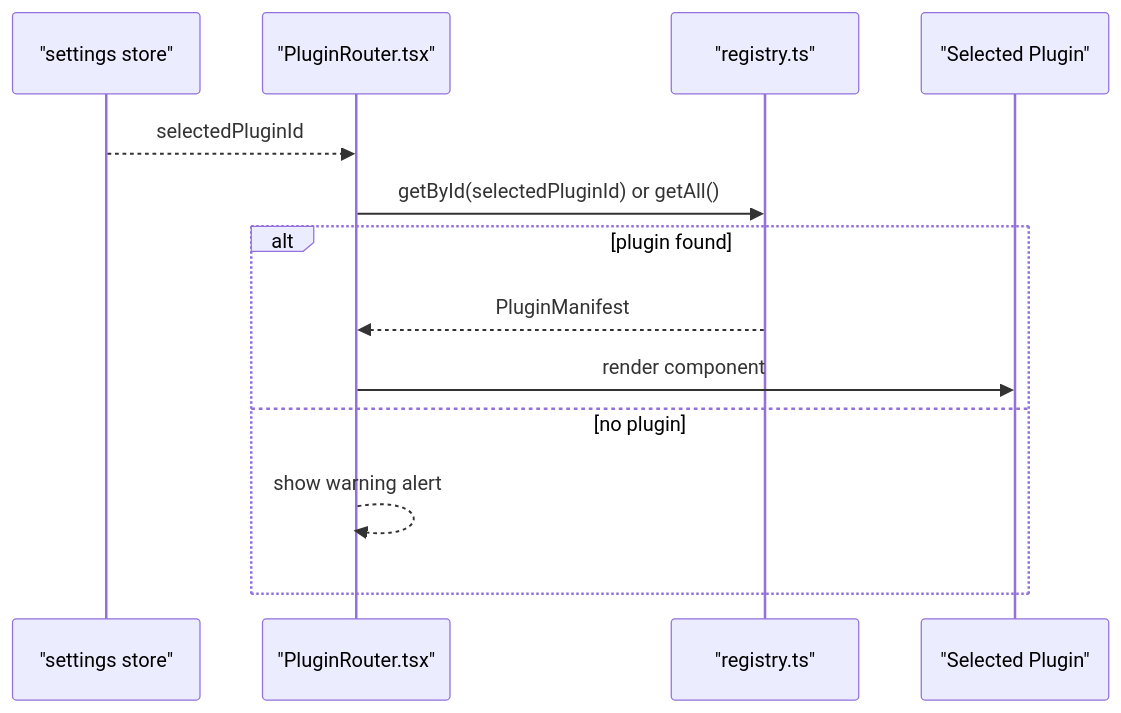
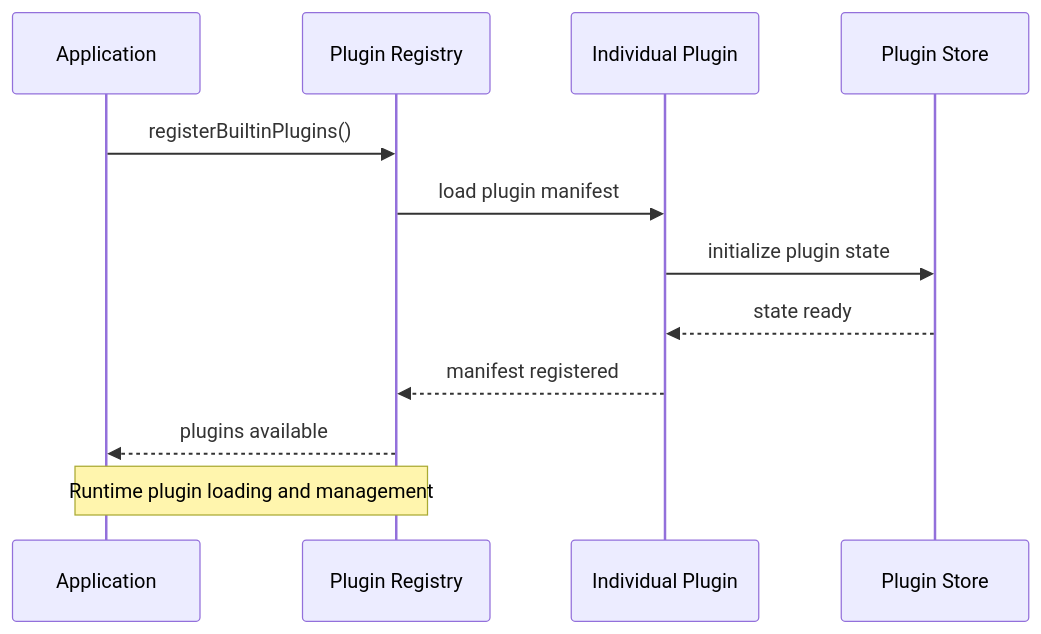
The fourth of 7 diagrams in .qoder/repowiki/en/content/Project Overview.md (DumKing/DevNexus), drawn with Mermaid before and after one commit. The commit also changed other lines of this file and 96 other files, not shown here.

````diff
--- a/.qoder/repowiki/en/content/Project Overview.md
+++ b/.qoder/repowiki/en/content/Project Overview.md
@@ -294,15 +220,14 @@
 ```mermaid
 sequenceDiagram
-participant Settings as "settings store"
-participant Router as "PluginRouter.tsx"
-participant Registry as "registry.ts"
-participant Plugin as "Selected Plugin"
-Settings-->>Router : selectedPluginId
-Router->>Registry : getById(selectedPluginId) or getAll()
-alt plugin found
-Registry-->>Router : PluginManifest
-Router->>Plugin : render component
-else no plugin
-Router-->>Router : show warning alert
-end
+participant App as Application
+participant Registry as Plugin Registry
+participant Plugin as Individual Plugin
+participant Store as Plugin Store
+App->>Registry : registerBuiltinPlugins()
+Registry->>Plugin : load plugin manifest
+Plugin->>Store : initialize plugin state
+Store-->>Plugin : state ready
+Plugin-->>Registry : manifest registered
+Registry-->>App : plugins available
+Note over App,Registry : Runtime plugin loading and management
 ```
````
